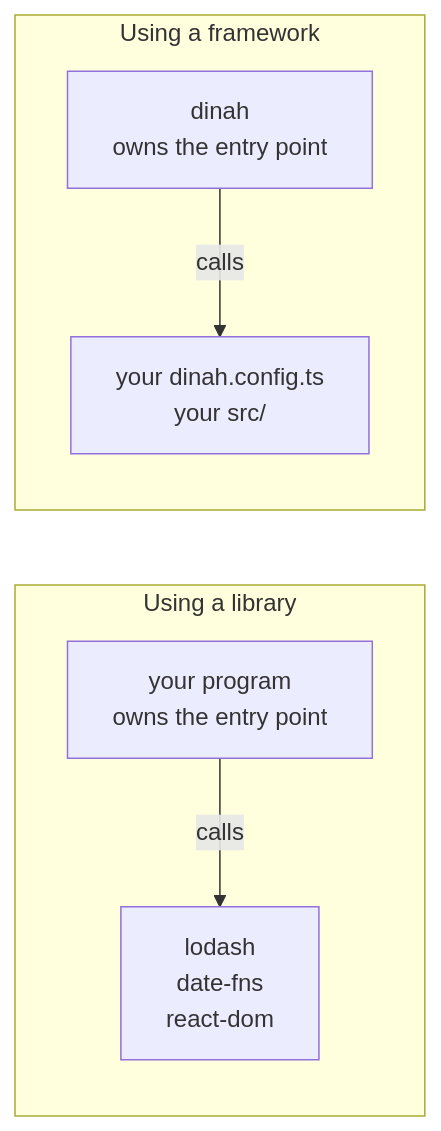
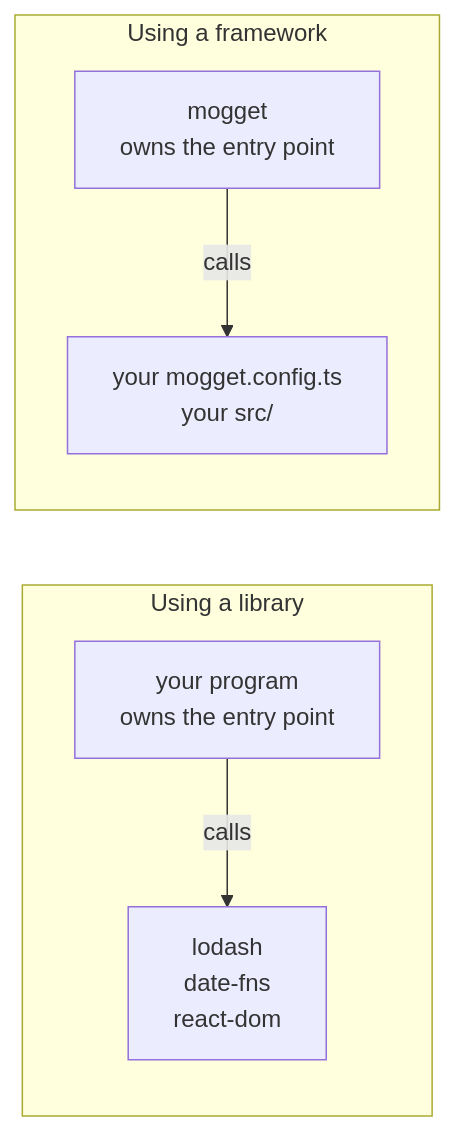
One commit to meersajidh/cheshire changed the first of 4 diagrams in docs/guides/framework-architecture.md. Above: the diagram before and after it, drawn with Mermaid. The commit also changed other lines of this file and 63 other files, not shown here.

````diff
--- a/docs/guides/framework-architecture.md
+++ b/docs/guides/framework-architecture.md
@@ -35,9 +35,9 @@
 ```mermaid
 flowchart LR
   subgraph LIB["Using a library"]
     A["your program<br/>owns the entry point"] -->|calls| B["lodash<br/>date-fns<br/>react-dom"]
   end
   subgraph FW["Using a framework"]
-    C["dinah<br/>owns the entry point"] -->|calls| D["your dinah.config.ts<br/>your src/"]
+    C["mogget<br/>owns the entry point"] -->|calls| D["your mogget.config.ts<br/>your src/"]
   end
 ```
````
